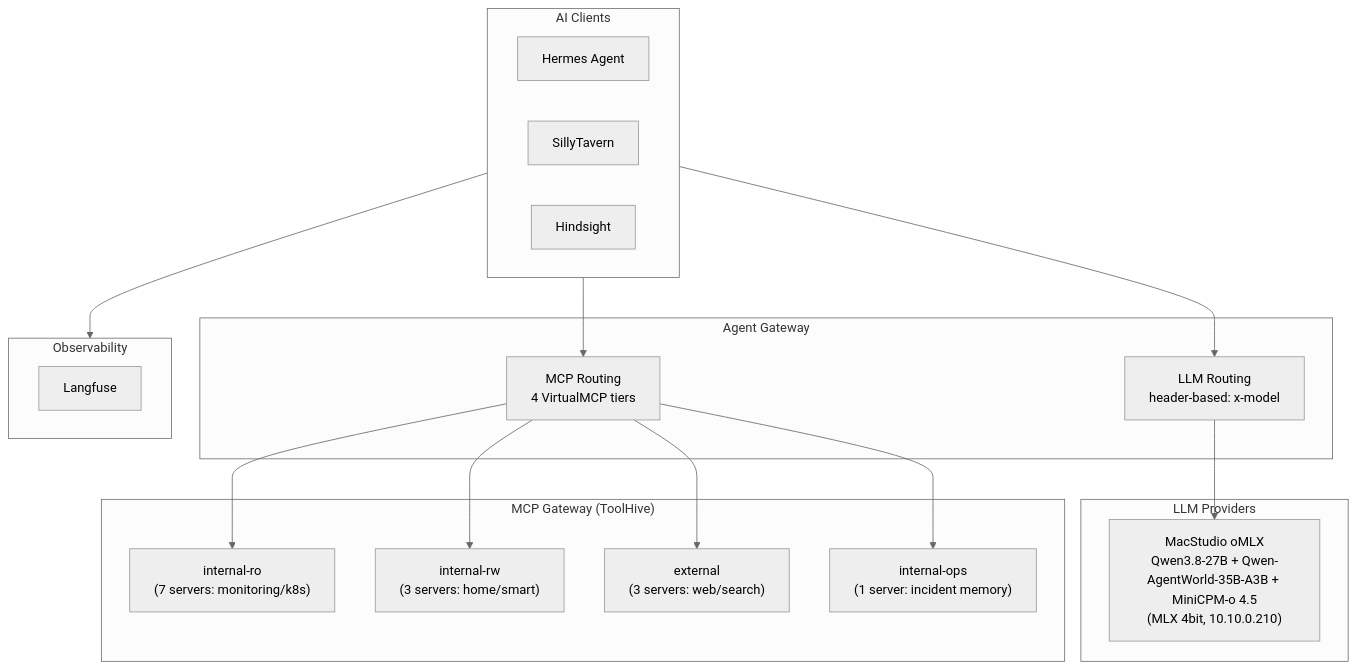
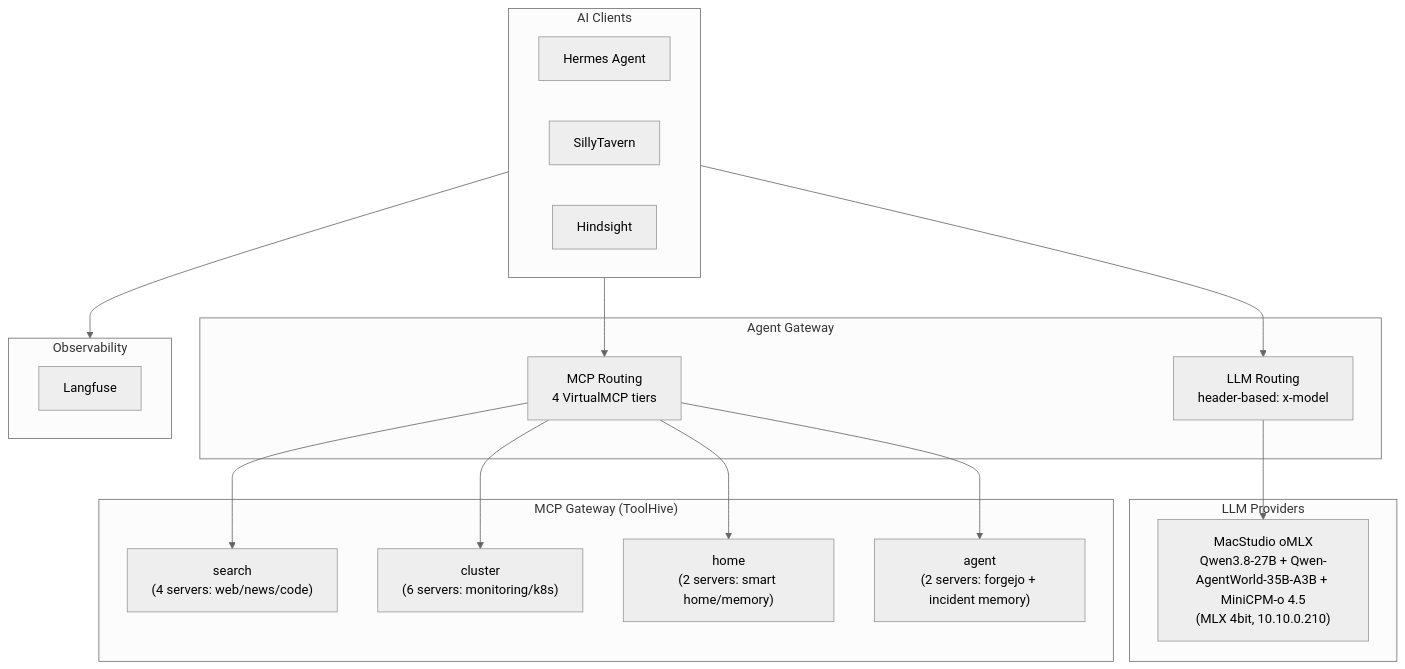
One commit to soulwhisper/home-ops changed the diagram in docs/application/ai.md. Above: the diagram before and after it, drawn with Mermaid (neutral theme). The commit also changed other lines of this file and 53 other files, not shown here.

````diff
--- a/docs/application/ai.md
+++ b/docs/application/ai.md
@@ -8,37 +8,37 @@
 ```mermaid
 flowchart TB
     subgraph Clients["AI Clients"]
         Hermes["Hermes Agent"]
         ST["SillyTavern"]
         HS["Hindsight"]
     end
 
     subgraph Gateway["Agent Gateway"]
         AG-LLM["LLM Routing<br/>header-based: x-model"]
         AG-MCP["MCP Routing<br/>4 VirtualMCP tiers"]
     end
 
     subgraph LLM["LLM Providers"]
         Studio["MacStudio oMLX<br/>Qwen3.8-27B + Qwen-AgentWorld-35B-A3B + MiniCPM-o 4.5<br/>(MLX 4bit, 10.10.0.210)"]
     end
 
     subgraph MCP["MCP Gateway (ToolHive)"]
-        VMCP-RO["internal-ro<br/>(7 servers: monitoring/k8s)"]
-        VMCP-RW["internal-rw<br/>(3 servers: home/smart)"]
-        VMCP-EXT["external<br/>(3 servers: web/search)"]
-        VMCP-OPS["internal-ops<br/>(1 server: incident memory)"]
+        VMCP-SEARCH["search<br/>(4 servers: web/news/code)"]
+        VMCP-CLUSTER["cluster<br/>(6 servers: monitoring/k8s)"]
+        VMCP-HOME["home<br/>(2 servers: smart home/memory)"]
+        VMCP-AGENT["agent<br/>(2 servers: forgejo + incident memory)"]
     end
 
     subgraph Obs["Observability"]
         Langfuse["Langfuse"]
     end
 
     Clients --> AG-LLM
     Clients --> AG-MCP
     AG-LLM --> Studio
-    AG-MCP --> VMCP-RO
-    AG-MCP --> VMCP-RW
-    AG-MCP --> VMCP-EXT
-    AG-MCP --> VMCP-OPS
+    AG-MCP --> VMCP-SEARCH
+    AG-MCP --> VMCP-CLUSTER
+    AG-MCP --> VMCP-HOME
+    AG-MCP --> VMCP-AGENT
     Clients --> Obs
 ```
````
